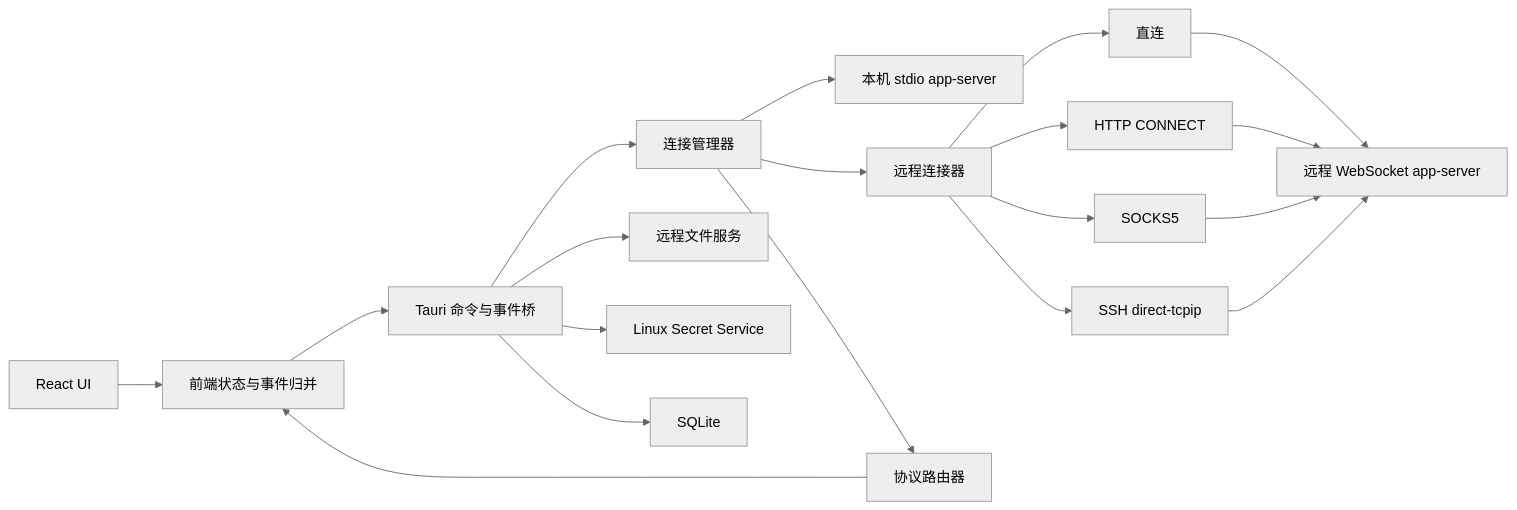
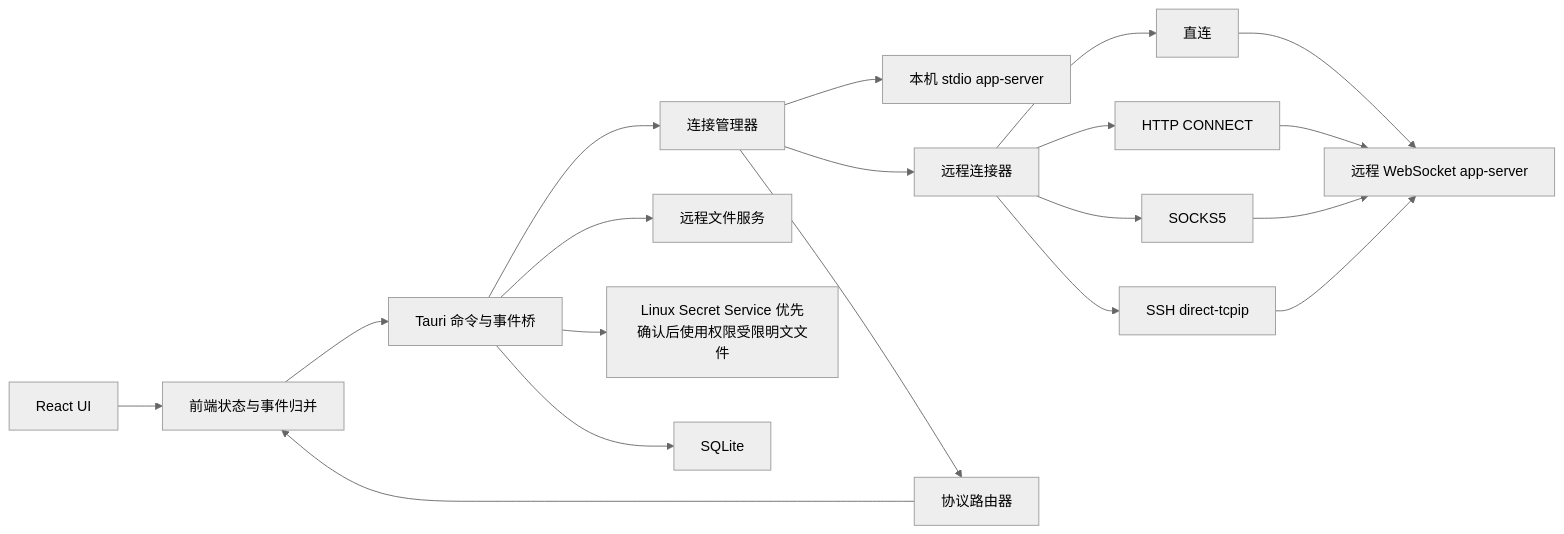
The diagram in docs/technical-design.md (hebo6/codex-desktop-linux), drawn with Mermaid (neutral theme) before and after one commit. The commit also changed other lines of this file and 40 other files, not shown here.

````diff
--- a/docs/technical-design.md
+++ b/docs/technical-design.md
@@ -54,21 +54,21 @@
 ```mermaid
 flowchart LR
     UI[React UI] --> Store[前端状态与事件归并]
     Store --> Bridge[Tauri 命令与事件桥]
     Bridge --> Manager[连接管理器]
     Manager --> Local[本机 stdio app-server]
     Manager --> Connector[远程连接器]
     Connector --> Direct[直连]
     Connector --> HTTP[HTTP CONNECT]
     Connector --> SOCKS[SOCKS5]
     Connector --> SSH[SSH direct-tcpip]
     Direct --> Remote[远程 WebSocket app-server]
     HTTP --> Remote
     SOCKS --> Remote
     SSH --> Remote
     Bridge --> Files[远程文件服务]
-    Bridge --> Secrets[Linux Secret Service]
+    Bridge --> Secrets[Linux Secret Service 优先<br/>确认后使用权限受限明文文件]
     Bridge --> DB[SQLite]
     Manager --> Router[协议路由器]
     Router --> Store
 ```
````
